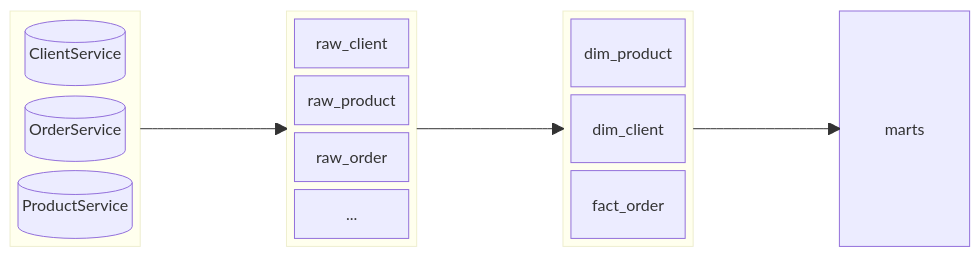
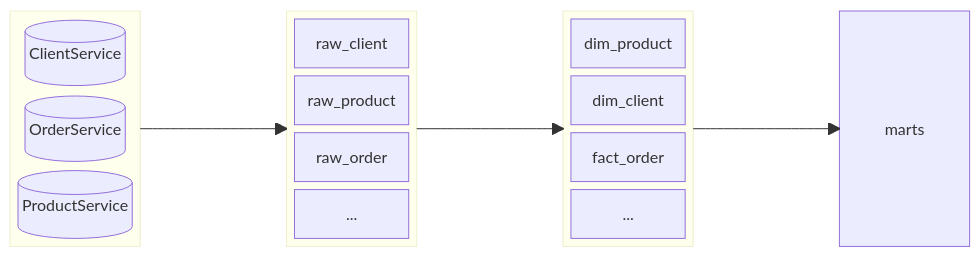
One commit to vgorbikov/dq-practice changed the diagram in docs/db_schema/index.md. Above: the diagram before and after it, drawn with Mermaid. The commit also changed other lines of this file and 3 other files, not shown here.

````diff
--- a/docs/db_schema/index.md
+++ b/docs/db_schema/index.md
@@ -12,39 +12,39 @@
 ```mermaid
 block
 
 block:apps
     columns 1
     a1[("ClientService")]
     a2[("OrderService")]
     a3[("ProductService")]
 end 
 
 space
 
 block:raw_data
     columns 1
     raw_client
     raw_product
     raw_order
-    _["..."]
+    _1["..."]
 end
 
 space
 
 block:detail
     columns 1
     dim_product
     dim_client
     fact_order
-    _["..."]
+    _2["..."]
 end
 
 space
 
 marts
 
 apps --> raw_data
 raw_data --> detail
 detail --> marts
 
 ```
````
